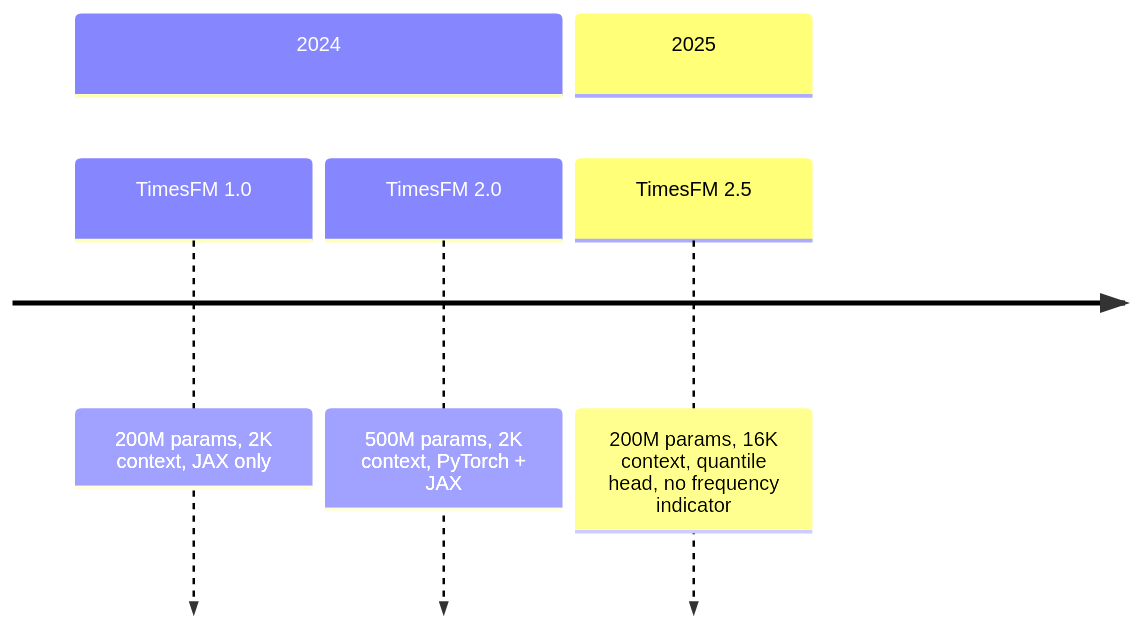
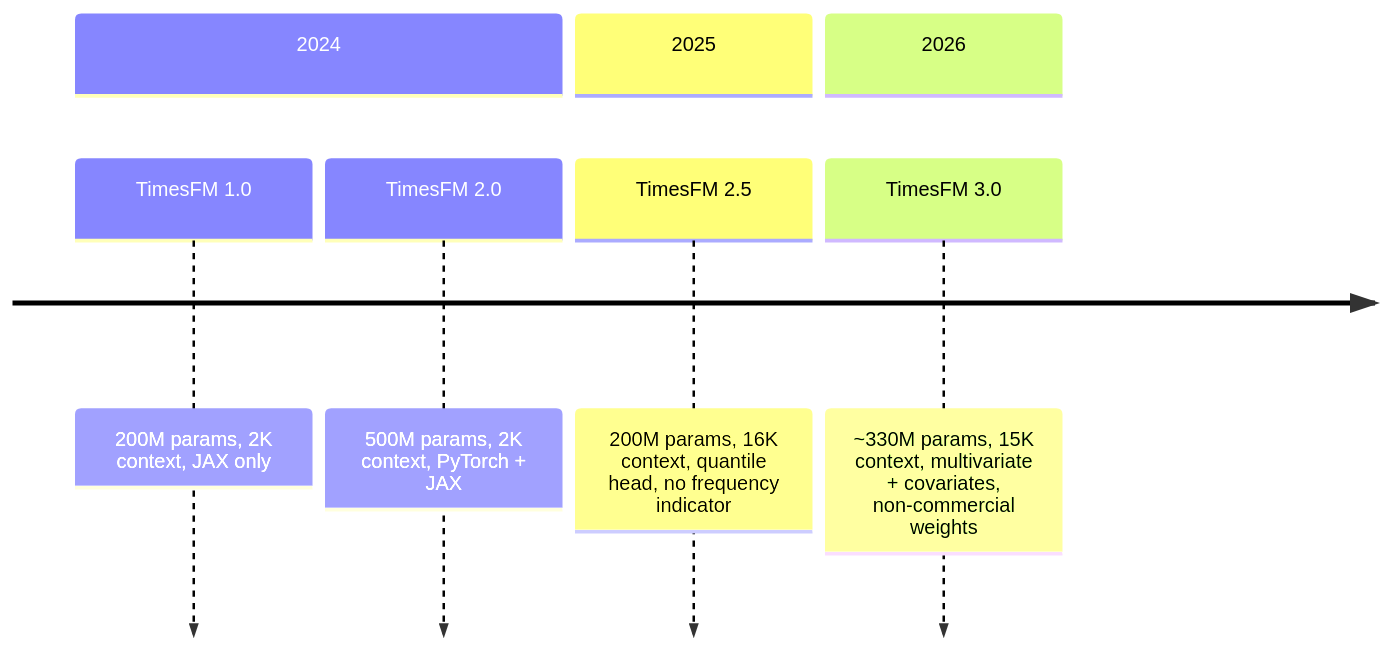
Before and after one commit to AlterLab-IEU/AlterLab-Academic-Skills: the second of 2 diagrams in skills/data-science/alterlab-timesfm/SKILL.md, drawn with Mermaid. The commit also changed other lines of this file and 1069 other files, not shown here.

````diff
--- a/skills/data-science/alterlab-timesfm/SKILL.md
+++ b/skills/data-science/alterlab-timesfm/SKILL.md
@@ -304,11 +350,13 @@
 ```mermaid
 timeline
     accTitle: TimesFM Version History
     accDescr: Timeline of TimesFM model releases showing parameter counts and key improvements.
 
     section 2024
         TimesFM 1.0 : 200M params, 2K context, JAX only
         TimesFM 2.0 : 500M params, 2K context, PyTorch + JAX
     section 2025
         TimesFM 2.5 : 200M params, 16K context, quantile head, no frequency indicator
+    section 2026
+        TimesFM 3.0 : ~330M params, 15K context, multivariate + covariates, non-commercial weights
 ```
````
